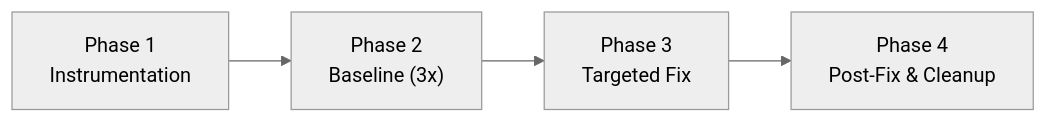
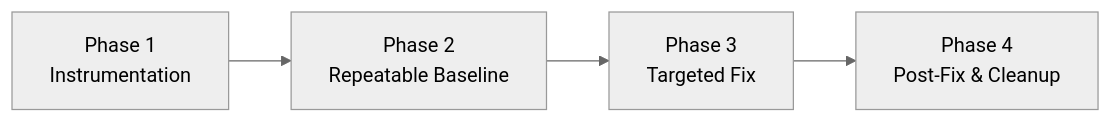
One commit to weglobal-git/my-crm changed the second of 2 diagrams in .agents/skills/trace-performance-bottleneck/SKILL.md. Above: the diagram before and after it, drawn with Mermaid (neutral theme). The commit also changed other lines of this file and 297 other files, not shown here.

````diff
--- a/.agents/skills/trace-performance-bottleneck/SKILL.md
+++ b/.agents/skills/trace-performance-bottleneck/SKILL.md
@@ -76,6 +74,6 @@
 ```mermaid
 graph LR
-    P1["Phase 1<br/>Instrumentation"] --> P2["Phase 2<br/>Baseline (3x)"]
+    P1["Phase 1<br/>Instrumentation"] --> P2["Phase 2<br/>Repeatable Baseline"]
     P2 --> P3["Phase 3<br/>Targeted Fix"]
     P3 --> P4["Phase 4<br/>Post-Fix & Cleanup"]
 ```
````
